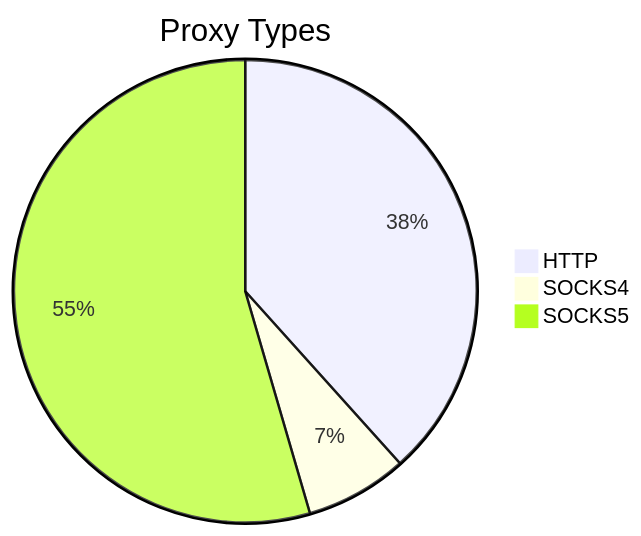
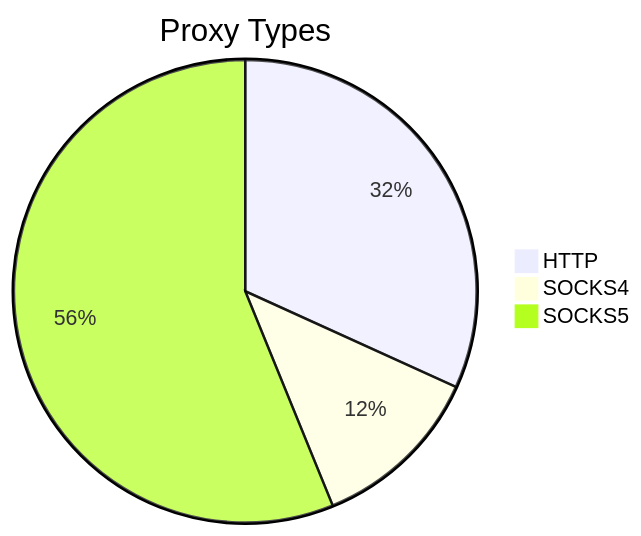
Before and after one commit to stormsia/proxy-list: the first of 2 diagrams in README.md, drawn with Mermaid. The commit also changed other lines of this file, not shown here.

````diff
--- a/README.md
+++ b/README.md
@@ -21,6 +21,6 @@
 ```mermaid
 pie title Proxy Types
-    "HTTP" : 102
-    "SOCKS4" : 19
-    "SOCKS5" : 145
+    "HTTP" : 433
+    "SOCKS4" : 164
+    "SOCKS5" : 765
 ```
````
